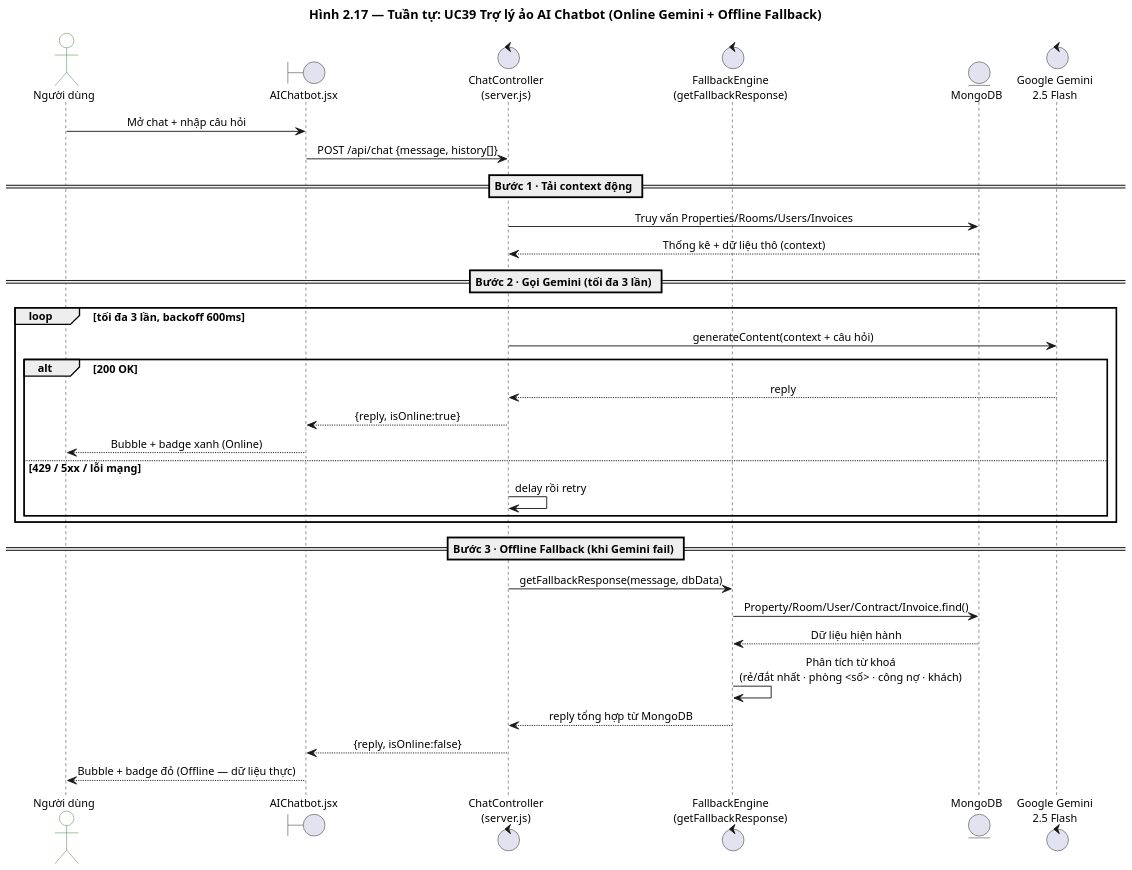
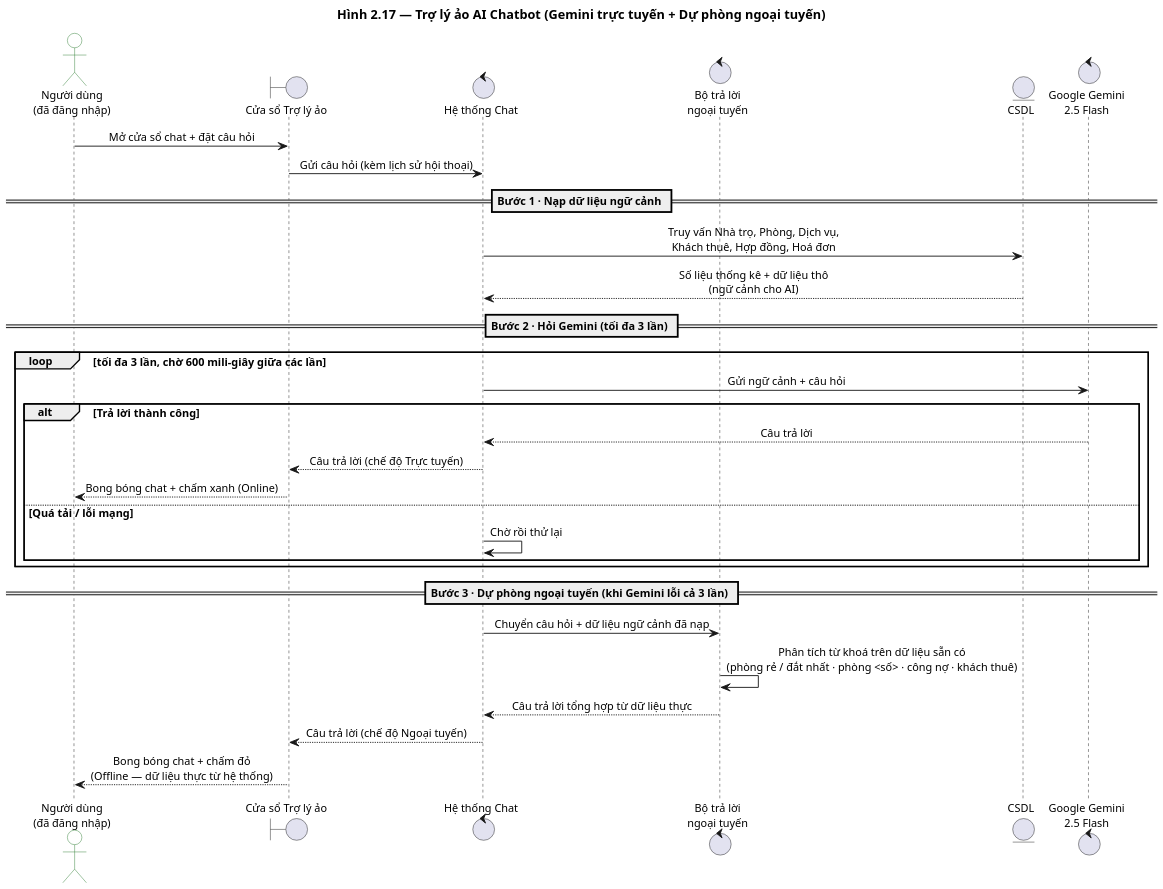
One commit to DiepTuHuy/Hostel_Management changed the diagram in docs/diagrams/2.17_seq_chatbot_ai.puml. Above: the diagram before and after it, drawn with PlantUML. The commit also changed 92 other files, not shown here.

Commit message:
Đồng bộ 19 sơ đồ UML khớp 100% với hệ thống và bổ sung báo cáo LaTeX (PTTKHT) vào repository

```diff
--- a/docs/diagrams/2.17_seq_chatbot_ai.puml
+++ b/docs/diagrams/2.17_seq_chatbot_ai.puml
@@ -1,49 +1,47 @@
 @startuml Seq_Chatbot_AI
-title Hình 2.17 — Tuần tự: UC39 Trợ lý ảo AI Chatbot (Online Gemini + Offline Fallback)
+title Hình 2.17 — Trợ lý ảo AI Chatbot (Gemini trực tuyến + Dự phòng ngoại tuyến)
 
 skinparam dpi 150
 skinparam shadowing false
 skinparam defaultFontName "Segoe UI"
 skinparam defaultFontSize 12
 skinparam sequenceMessageAlign center
 skinparam ParticipantBackgroundColor #E6F0FA
 skinparam ParticipantBorderColor #1F3864
 skinparam ActorBackgroundColor #FFFFFF
 skinparam ActorBorderColor #2E7D32
 
-actor    "Người dùng"   as User
-boundary "AIChatbot.jsx" as UI
-control  "ChatController\n(server.js)" as Ctrl
-control  "FallbackEngine\n(getFallbackResponse)" as FB
-entity   "MongoDB"       as DB
+actor    "Người dùng\n(đã đăng nhập)" as User
+boundary "Cửa sổ Trợ lý ảo"  as UI
+control  "Hệ thống Chat"      as Ctrl
+control  "Bộ trả lời\nngoại tuyến" as FB
+entity   "CSDL"               as DB
 control  "Google Gemini\n2.5 Flash" as Gem
 
-User -> UI : Mở chat + nhập câu hỏi
-UI -> Ctrl : POST /api/chat {message, history[]}
+User -> UI : Mở cửa sổ chat + đặt câu hỏi
+UI -> Ctrl : Gửi câu hỏi (kèm lịch sử hội thoại)
 
-== Bước 1 · Tải context động ==
-Ctrl -> DB : Truy vấn Properties/Rooms/Users/Invoices
-DB --> Ctrl : Thống kê + dữ liệu thô (context)
+== Bước 1 · Nạp dữ liệu ngữ cảnh ==
+Ctrl -> DB : Truy vấn Nhà trọ, Phòng, Dịch vụ,\nKhách thuê, Hợp đồng, Hoá đơn
+DB --> Ctrl : Số liệu thống kê + dữ liệu thô\n(ngữ cảnh cho AI)
 
-== Bước 2 · Gọi Gemini (tối đa 3 lần) ==
-loop tối đa 3 lần, backoff 600ms
-  Ctrl -> Gem : generateContent(context + câu hỏi)
-  alt 200 OK
-    Gem --> Ctrl : reply
-    Ctrl --> UI : {reply, isOnline:true}
-    UI --> User : Bubble + badge xanh (Online)
-  else 429 / 5xx / lỗi mạng
-    Ctrl -> Ctrl : delay rồi retry
+== Bước 2 · Hỏi Gemini (tối đa 3 lần) ==
+loop tối đa 3 lần, chờ 600 mili-giây giữa các lần
+  Ctrl -> Gem : Gửi ngữ cảnh + câu hỏi
+  alt Trả lời thành công
+    Gem --> Ctrl : Câu trả lời
+    Ctrl --> UI : Câu trả lời (chế độ Trực tuyến)
+    UI --> User : Bong bóng chat + chấm xanh (Online)
+  else Quá tải / lỗi mạng
+    Ctrl -> Ctrl : Chờ rồi thử lại
   end
 end
 
-== Bước 3 · Offline Fallback (khi Gemini fail) ==
-Ctrl -> FB : getFallbackResponse(message, dbData)
-FB -> DB : Property/Room/User/Contract/Invoice.find()
-DB --> FB : Dữ liệu hiện hành
-FB -> FB : Phân tích từ khoá\n(rẻ/đắt nhất · phòng <số> · công nợ · khách)
-FB --> Ctrl : reply tổng hợp từ MongoDB
-Ctrl --> UI : {reply, isOnline:false}
-UI --> User : Bubble + badge đỏ (Offline — dữ liệu thực)
+== Bước 3 · Dự phòng ngoại tuyến (khi Gemini lỗi cả 3 lần) ==
+Ctrl -> FB : Chuyển câu hỏi + dữ liệu ngữ cảnh đã nạp
+FB -> FB : Phân tích từ khoá trên dữ liệu sẵn có\n(phòng rẻ / đắt nhất · phòng <số> · công nợ · khách thuê)
+FB --> Ctrl : Câu trả lời tổng hợp từ dữ liệu thực
+Ctrl --> UI : Câu trả lời (chế độ Ngoại tuyến)
+UI --> User : Bong bóng chat + chấm đỏ\n(Offline — dữ liệu thực từ hệ thống)
 
 @enduml
```
